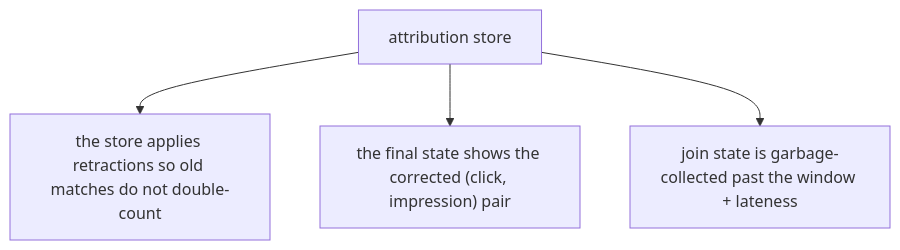
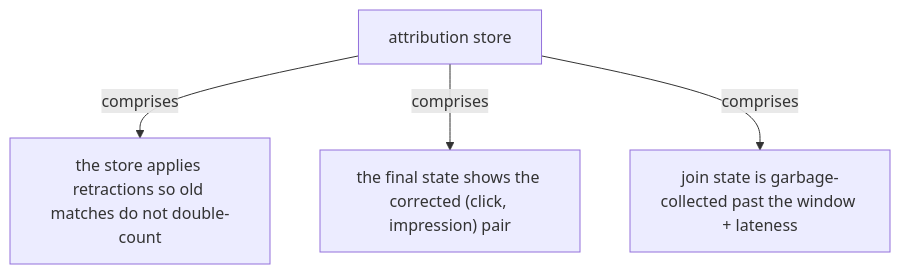
Before and after one commit to vinayakuber/streaming-systems-study-guide: the seventh of 19 diagrams in docs/ch09-streaming-joins.md, drawn with Mermaid. The commit also changed other lines of this file and 22 other files, not shown here.

First line of the commit message:
R18: label every diagram arrow with its meaning

````diff
--- a/docs/ch09-streaming-joins.md
+++ b/docs/ch09-streaming-joins.md
@@ -179,7 +179,7 @@
 ```mermaid
 flowchart TD
   R["attribution store"]
-  R --> P0["the store applies retractions so old matches do not double-count"]
-  R --> P1["the final state shows the corrected (click, impression) pair"]
-  R --> P2["join state is garbage-collected past the window + lateness"]
+  R -->|"comprises"| P0["the store applies retractions so old matches do not double-count"]
+  R -->|"comprises"| P1["the final state shows the corrected (click, impression) pair"]
+  R -->|"comprises"| P2["join state is garbage-collected past the window + lateness"]
 ```
````
